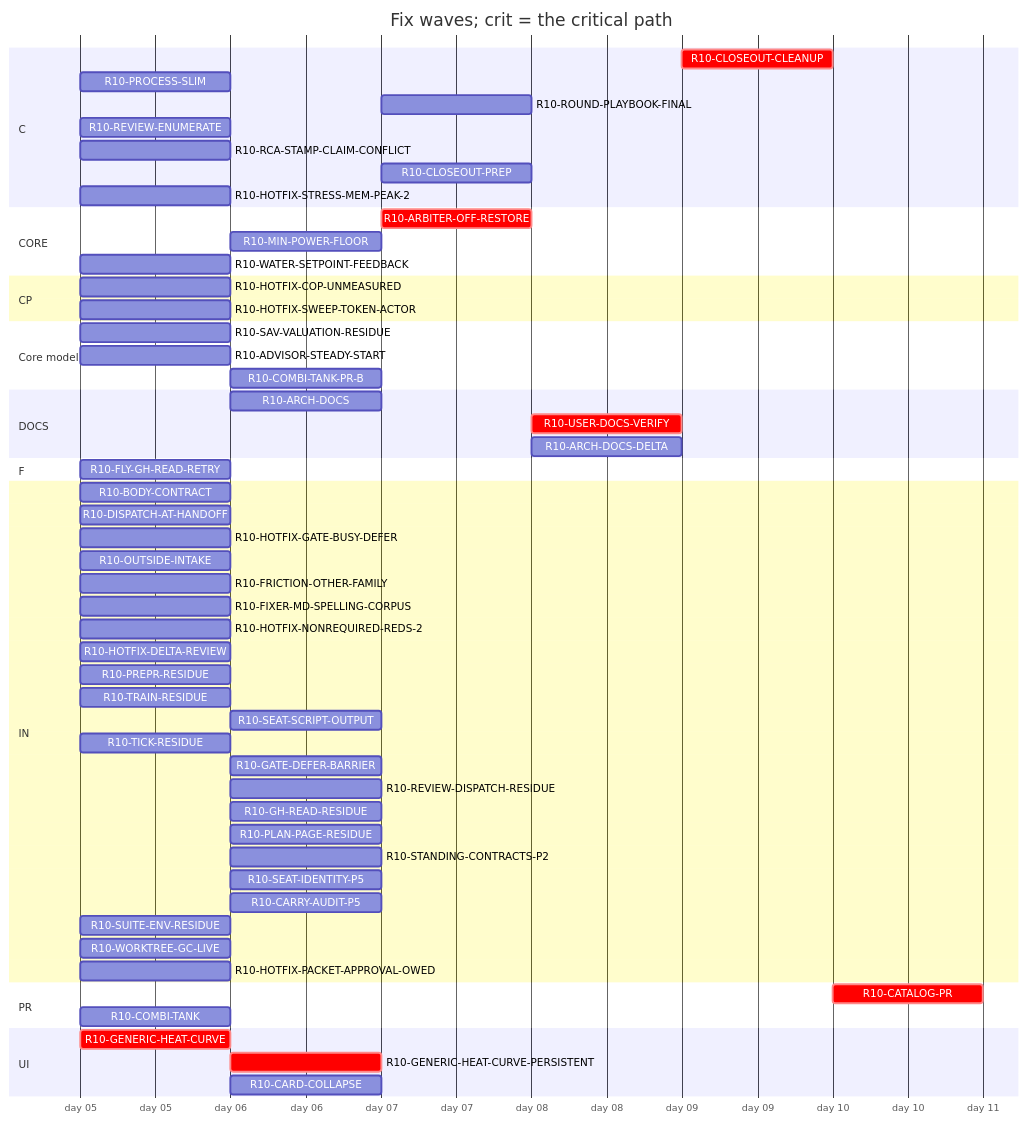
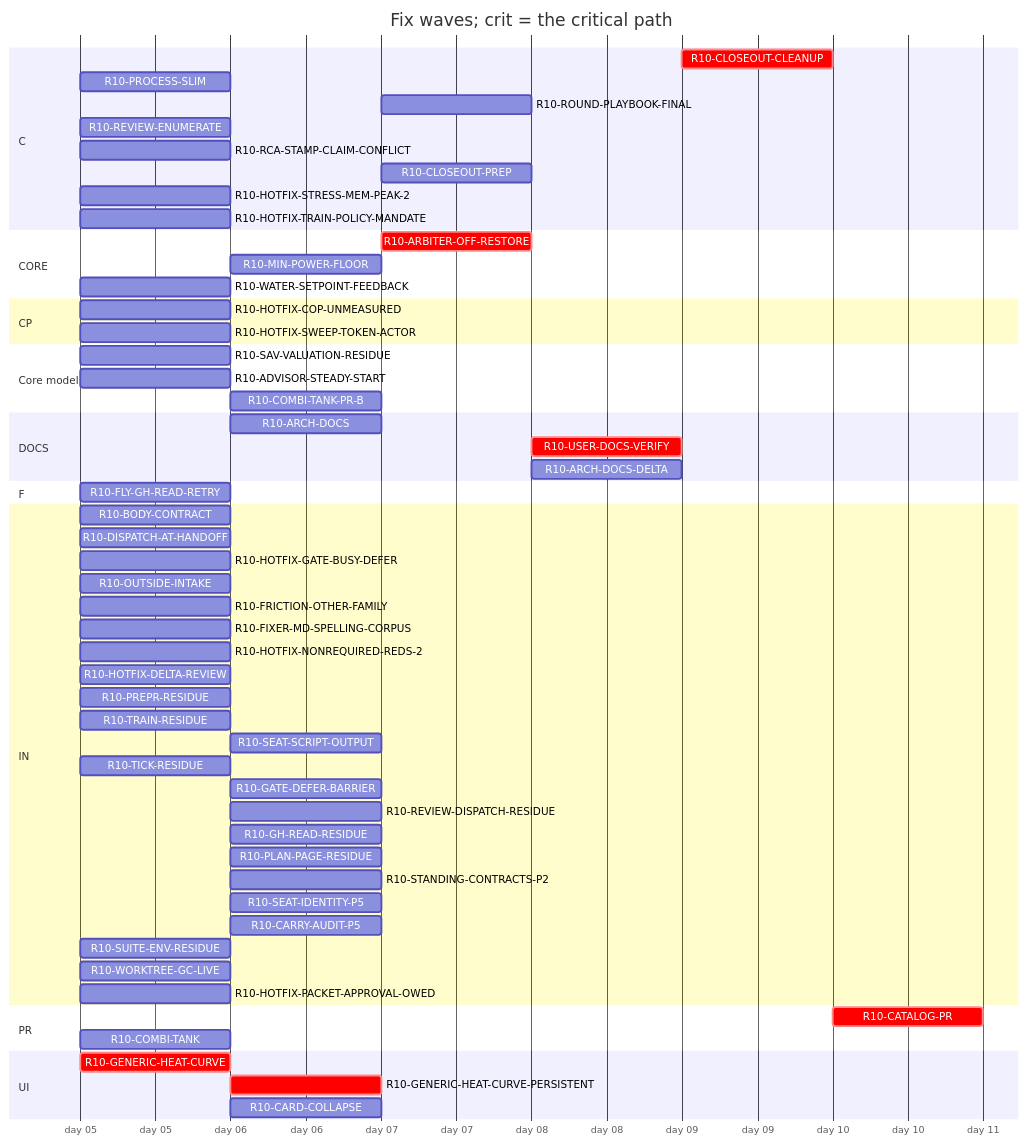
Before and after one commit to tvofi/heatpump_optimizer: the diagram in handoff/round10/state/PLAN-TABLE.md, drawn with Mermaid. The commit also changed other lines of this file and 4 other files, not shown here.

Commit message:
state: FLOW-BOARD.md, NEXT-SESSION-PROMPT.md, PLAN-TABLE.md, PLAN.html, RESUME-CURRENT.md regenerated (state_docs.py)

````diff
--- a/handoff/round10/state/PLAN-TABLE.md
+++ b/handoff/round10/state/PLAN-TABLE.md
@@ -22,61 +22,62 @@
 ```mermaid
 gantt
   title Fix waves; crit = the critical path
   dateFormat YYYY-MM-DD
   axisFormat day %d
   section C
     R10-CLOSEOUT-CLEANUP :crit, r10CLOSEOUTCLEANUP, after r10ARCHDOCS r10USERDOCSVERIFY r10ROUNDPLAYBOOKFINAL r10FRICTIONOTHERFAMILY r10CLOSEOUTPREP r10ARCHDOCSDELTA, 1d
     R10-PROCESS-SLIM :r10PROCESSSLIM, 2026-01-05, 1d
     R10-ROUND-PLAYBOOK-FINAL :r10ROUNDPLAYBOOKFINAL, after r10DISPATCHATHANDOFF r10BODYCONTRACT r10FLYGHREADRETRY r10PROCESSSLIM r10OUTSIDEINTAKE r10FRICTIONOTHERFAMILY r10FIXERMDSPELLINGCORPUS r10PREPRRESIDUE r10SEATSCRIPTOUTPUT r10REVIEWDISPATCHRESIDUE r10CARRYAUDITP5 r10TICKRESIDUE r10SEATIDENTITYP5 r10STANDINGCONTRACTSP2 r10PLANPAGERESIDUE r10TRAINRESIDUE r10GHREADRESIDUE r10SUITEENVRESIDUE r10GATEDEFERBARRIER r10WORKTREEGCLIVE, 1d
     R10-REVIEW-ENUMERATE :r10REVIEWENUMERATE, 2026-01-05, 1d
     R10-RCA-STAMP-CLAIM-CONFLICT :r10RCASTAMPCLAIMCONFLICT, 2026-01-05, 1d
     R10-CLOSEOUT-PREP :r10CLOSEOUTPREP, after r10ARCHDOCS r10DISPATCHATHANDOFF r10BODYCONTRACT r10FLYGHREADRETRY r10PROCESSSLIM r10OUTSIDEINTAKE r10FRICTIONOTHERFAMILY r10FIXERMDSPELLINGCORPUS r10PREPRRESIDUE r10SEATSCRIPTOUTPUT r10REVIEWDISPATCHRESIDUE r10CARRYAUDITP5 r10TICKRESIDUE r10SEATIDENTITYP5 r10STANDINGCONTRACTSP2 r10PLANPAGERESIDUE r10TRAINRESIDUE r10GHREADRESIDUE r10SUITEENVRESIDUE r10GATEDEFERBARRIER r10WORKTREEGCLIVE, 1d
     R10-HOTFIX-STRESS-MEM-PEAK-2 :r10HOTFIXSTRESSMEMPEAK2, 2026-01-05, 1d
+    R10-HOTFIX-TRAIN-POLICY-MANDATE :r10HOTFIXTRAINPOLICYMANDATE, 2026-01-05, 1d
   section CORE
     R10-ARBITER-OFF-RESTORE :crit, r10ARBITEROFFRESTORE, after r10GENERICHEATCURVE r10GENERICHEATCURVEPERSISTENT r10WATERSETPOINTFEEDBACK, 1d
     R10-MIN-POWER-FLOOR :r10MINPOWERFLOOR, after r10HOTFIXCOPUNMEASURED r10GENERICHEATCURVE, 1d
     R10-WATER-SETPOINT-FEEDBACK :r10WATERSETPOINTFEEDBACK, 2026-01-05, 1d
   section CP
     R10-HOTFIX-COP-UNMEASURED :r10HOTFIXCOPUNMEASURED, 2026-01-05, 1d
     R10-HOTFIX-SWEEP-TOKEN-ACTOR :r10HOTFIXSWEEPTOKENACTOR, 2026-01-05, 1d
   section Core model
     R10-SAV-VALUATION-RESIDUE :r10SAVVALUATIONRESIDUE, 2026-01-05, 1d
     R10-ADVISOR-STEADY-START :r10ADVISORSTEADYSTART, 2026-01-05, 1d
     R10-COMBI-TANK-PR-B :r10COMBITANKPRB, after r10COMBITANK, 1d
   section DOCS
     R10-ARCH-DOCS :r10ARCHDOCS, after r10DISPATCHATHANDOFF r10BODYCONTRACT r10FLYGHREADRETRY r10PROCESSSLIM r10OUTSIDEINTAKE r10FRICTIONOTHERFAMILY, 1d
     R10-USER-DOCS-VERIFY :crit, r10USERDOCSVERIFY, after r10HOTFIXCOPUNMEASURED r10GENERICHEATCURVE r10GENERICHEATCURVEPERSISTENT r10ARBITEROFFRESTORE r10COMBITANK r10MINPOWERFLOOR, 1d
     R10-ARCH-DOCS-DELTA :r10ARCHDOCSDELTA, after r10ARCHDOCS r10HOTFIXCOPUNMEASURED r10GENERICHEATCURVE r10GENERICHEATCURVEPERSISTENT r10ARBITEROFFRESTORE r10COMBITANK r10MINPOWERFLOOR r10SAVVALUATIONRESIDUE r10ADVISORSTEADYSTART r10COMBITANKPRB, 1d
   section F
     R10-FLY-GH-READ-RETRY :r10FLYGHREADRETRY, 2026-01-05, 1d
   section IN
     R10-BODY-CONTRACT :r10BODYCONTRACT, 2026-01-05, 1d
     R10-DISPATCH-AT-HANDOFF :r10DISPATCHATHANDOFF, 2026-01-05, 1d
     R10-HOTFIX-GATE-BUSY-DEFER :r10HOTFIXGATEBUSYDEFER, 2026-01-05, 1d
     R10-OUTSIDE-INTAKE :r10OUTSIDEINTAKE, 2026-01-05, 1d
     R10-FRICTION-OTHER-FAMILY :r10FRICTIONOTHERFAMILY, 2026-01-05, 1d
     R10-FIXER-MD-SPELLING-CORPUS :r10FIXERMDSPELLINGCORPUS, 2026-01-05, 1d
     R10-HOTFIX-NONREQUIRED-REDS-2 :r10HOTFIXNONREQUIREDREDS2, 2026-01-05, 1d
     R10-HOTFIX-DELTA-REVIEW :r10HOTFIXDELTAREVIEW, 2026-01-05, 1d
     R10-PREPR-RESIDUE :r10PREPRRESIDUE, 2026-01-05, 1d
     R10-TRAIN-RESIDUE :r10TRAINRESIDUE, 2026-01-05, 1d
     R10-SEAT-SCRIPT-OUTPUT :r10SEATSCRIPTOUTPUT, after r10TRAINRESIDUE, 1d
     R10-TICK-RESIDUE :r10TICKRESIDUE, 2026-01-05, 1d
     R10-GATE-DEFER-BARRIER :r10GATEDEFERBARRIER, after r10TRAINRESIDUE r10TICKRESIDUE, 1d
     R10-REVIEW-DISPATCH-RESIDUE :r10REVIEWDISPATCHRESIDUE, after r10DISPATCHATHANDOFF r10REVIEWENUMERATE r10HOTFIXDELTAREVIEW r10PROCESSSLIM, 1d
     R10-GH-READ-RESIDUE :r10GHREADRESIDUE, after r10FLYGHREADRETRY, 1d
     R10-PLAN-PAGE-RESIDUE :r10PLANPAGERESIDUE, after r10OUTSIDEINTAKE, 1d
     R10-STANDING-CONTRACTS-P2 :r10STANDINGCONTRACTSP2, after r10FIXERMDSPELLINGCORPUS, 1d
     R10-SEAT-IDENTITY-P5 :r10SEATIDENTITYP5, after r10TICKRESIDUE, 1d
     R10-CARRY-AUDIT-P5 :r10CARRYAUDITP5, after r10BODYCONTRACT, 1d
     R10-SUITE-ENV-RESIDUE :r10SUITEENVRESIDUE, 2026-01-05, 1d
     R10-WORKTREE-GC-LIVE :r10WORKTREEGCLIVE, 2026-01-05, 1d
     R10-HOTFIX-PACKET-APPROVAL-OWED :r10HOTFIXPACKETAPPROVALOWED, 2026-01-05, 1d
   section PR
     R10-CATALOG-PR :crit, r10CATALOGPR, after r10USERDOCSVERIFY r10ARCHDOCS r10ROUNDPLAYBOOKFINAL r10CLOSEOUTCLEANUP r10CLOSEOUTPREP r10ARCHDOCSDELTA, 1d
     R10-COMBI-TANK :r10COMBITANK, 2026-01-05, 1d
   section UI
     R10-GENERIC-HEAT-CURVE :crit, r10GENERICHEATCURVE, 2026-01-05, 1d
     R10-GENERIC-HEAT-CURVE-PERSISTENT :crit, r10GENERICHEATCURVEPERSISTENT, after r10GENERICHEATCURVE, 1d
     R10-CARD-COLLAPSE :r10CARDCOLLAPSE, after r10HOTFIXCOPUNMEASURED, 1d
 ```
````
